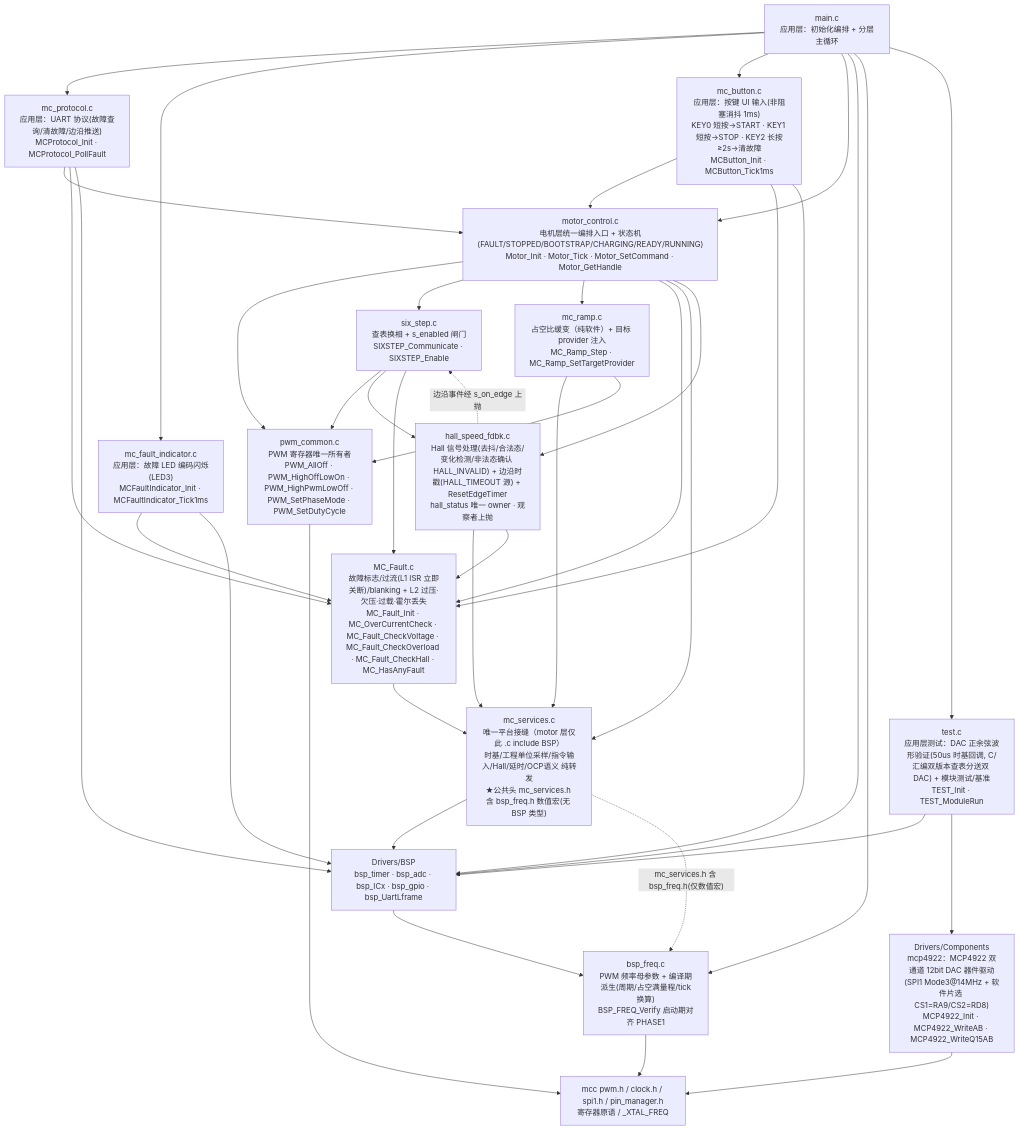
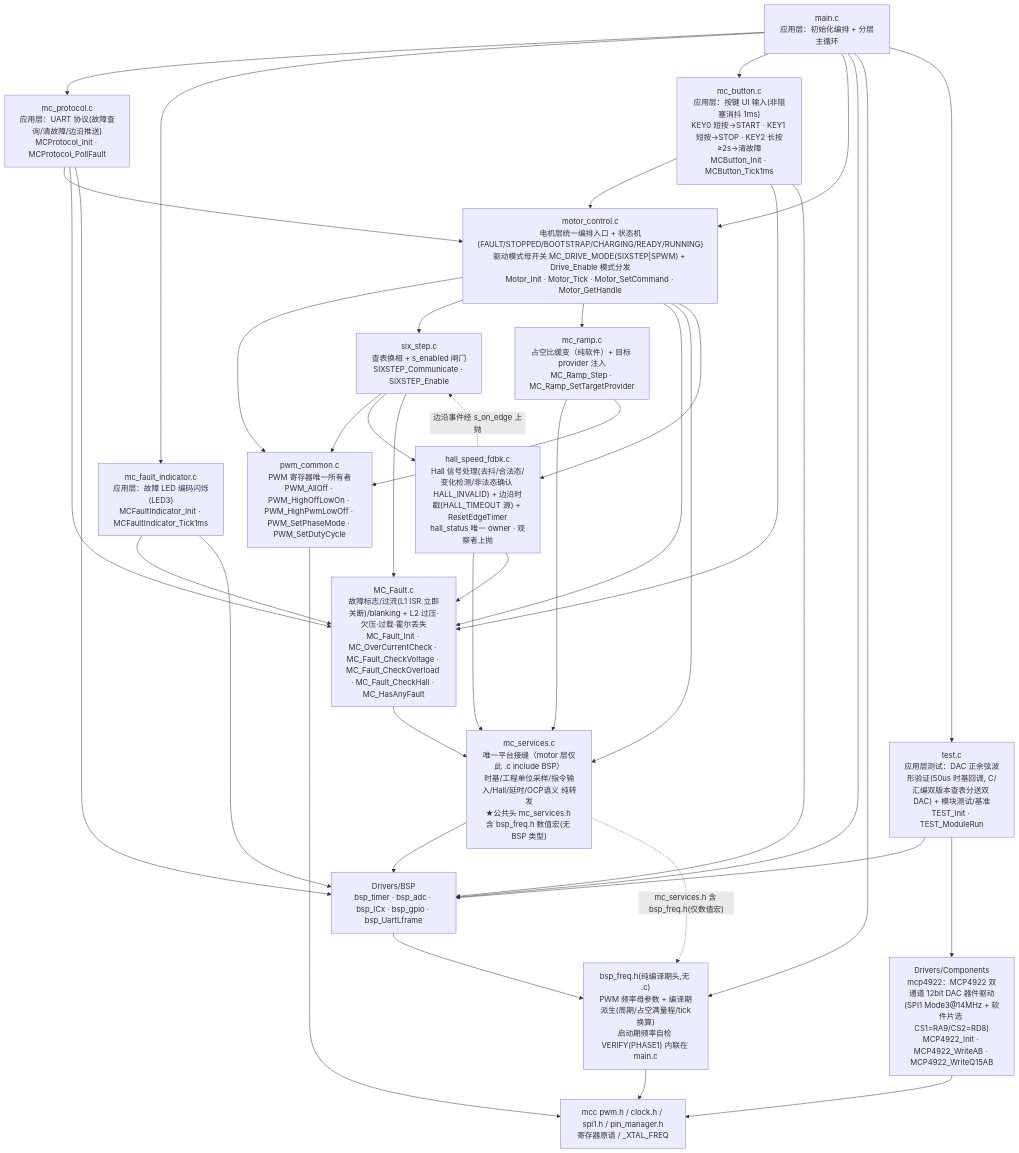
The first of 3 diagrams in Architecture.md (gaolang-oops/Hello_MCC.X), drawn with Mermaid before and after one commit. The commit also changed other lines of this file and 2 other files, not shown here.

Commit message:
3、文档同步:架构文档/README/流程图(驱动模式母开关+配对自检阻断、bsp_freq.h 纯编译期头、演进路径)

````diff
--- a/Architecture.md
+++ b/Architecture.md
@@ -8,58 +8,58 @@
 ```mermaid
 flowchart TD
     APP["main.c<br/>应用层：初始化编排 + 分层主循环"]
     TEST["test.c<br/>应用层测试：DAC 正余弦波形验证(50us 时基回调, C/汇编双版本查表分送双 DAC) + 模块测试/基准<br/>TEST_Init · TEST_ModuleRun"]
     PROTO["mc_protocol.c<br/>应用层：UART 协议(故障查询/清故障/边沿推送)<br/>MCProtocol_Init · MCProtocol_PollFault"]
     IND["mc_fault_indicator.c<br/>应用层：故障 LED 编码闪烁(LED3)<br/>MCFaultIndicator_Init · MCFaultIndicator_Tick1ms"]
     BTN["mc_button.c<br/>应用层：按键 UI 输入(非阻塞消抖 1ms)<br/>KEY0 短按→START · KEY1 短按→STOP · KEY2 长按≥2s→清故障<br/>MCButton_Init · MCButton_Tick1ms"]
-    MC["motor_control.c<br/>电机层统一编排入口 + 状态机(FAULT/STOPPED/BOOTSTRAP/CHARGING/READY/RUNNING)<br/>Motor_Init · Motor_Tick · Motor_SetCommand · Motor_GetHandle"]
+    MC["motor_control.c<br/>电机层统一编排入口 + 状态机(FAULT/STOPPED/BOOTSTRAP/CHARGING/READY/RUNNING)<br/>驱动模式母开关 MC_DRIVE_MODE(SIXSTEP|SPWM) + Drive_Enable 模式分发<br/>Motor_Init · Motor_Tick · Motor_SetCommand · Motor_GetHandle"]
     FLT["MC_Fault.c<br/>故障标志/过流(L1 ISR 立即关断)/blanking + L2 过压·欠压·过载·霍尔丢失<br/>MC_Fault_Init · MC_OverCurrentCheck · MC_Fault_CheckVoltage · MC_Fault_CheckOverload · MC_Fault_CheckHall · MC_HasAnyFault"]
     RAMP["mc_ramp.c<br/>占空比缓变（纯软件）+ 目标 provider 注入<br/>MC_Ramp_Step · MC_Ramp_SetTargetProvider"]
     SS["six_step.c<br/>查表换相 + s_enabled 闸门<br/>SIXSTEP_Communicate · SIXSTEP_Enable"]
     PWMC["pwm_common.c<br/>PWM 寄存器唯一所有者<br/>PWM_AllOff · PWM_HighOffLowOn · PWM_HighPwmLowOff · PWM_SetPhaseMode · PWM_SetDutyCycle"]
     HALL["hall_speed_fdbk.c<br/>Hall 信号处理(去抖/合法态/变化检测/非法态确认 HALL_INVALID) + 边沿时戳(HALL_TIMEOUT 源) + ResetEdgeTimer<br/>hall_status 唯一 owner · 观察者上抛"]
     MCS["mc_services.c<br/>唯一平台接缝（motor 层仅此 .c include BSP）<br/>时基/工程单位采样/指令输入/Hall/延时/OCP语义 纯转发<br/>★公共头 mc_services.h 含 bsp_freq.h 数值宏(无 BSP 类型)"]
     MCC["mcc pwm.h / clock.h / spi1.h / pin_manager.h<br/>寄存器原语 / _XTAL_FREQ"]
     BSP["Drivers/BSP<br/>bsp_timer · bsp_adc · bsp_ICx · bsp_gpio · bsp_UartLframe"]
     COMP["Drivers/Components<br/>mcp4922：MCP4922 双通道 12bit DAC 器件驱动(SPI1 Mode3@14MHz + 软件片选 CS1=RA9/CS2=RD8)<br/>MCP4922_Init · MCP4922_WriteAB · MCP4922_WriteQ15AB"]
-    FREQ["bsp_freq.c<br/>PWM 频率母参数 + 编译期派生(周期/占空满量程/tick换算)<br/>BSP_FREQ_Verify 启动期对齐 PHASE1"]
+    FREQ["bsp_freq.h(纯编译期头,无 .c)<br/>PWM 频率母参数 + 编译期派生(周期/占空满量程/tick换算)<br/>启动期频率自检 VERIFY(PHASE1) 内联在 main.c"]
 
     APP --> PROTO
     APP --> IND
     APP --> BTN
     APP --> MC
     APP --> BSP
     APP --> FREQ
     APP --> TEST
     TEST --> BSP
     TEST --> COMP
     COMP --> MCC
     MC --> PWMC
     MC --> SS
     MC --> RAMP
     MC --> FLT
     MC --> MCS
     MC --> HALL
     SS --> PWMC
     SS --> HALL
     SS --> FLT
     RAMP --> MCS
     RAMP --> PWMC
     FLT --> MCS
     PWMC --> MCC
     HALL --> MCS
     HALL --> FLT
     MCS --> BSP
     PROTO --> MC
     PROTO --> FLT
     PROTO --> BSP
     IND --> FLT
     IND --> BSP
     BTN --> MC
     BTN --> FLT
     BTN --> BSP
     MCS -. "mc_services.h 含 bsp_freq.h(仅数值宏)" .-> FREQ
     BSP --> FREQ
     FREQ --> MCC
     HALL -. "边沿事件经 s_on_edge 上抛" .-> SS
 ```
````
